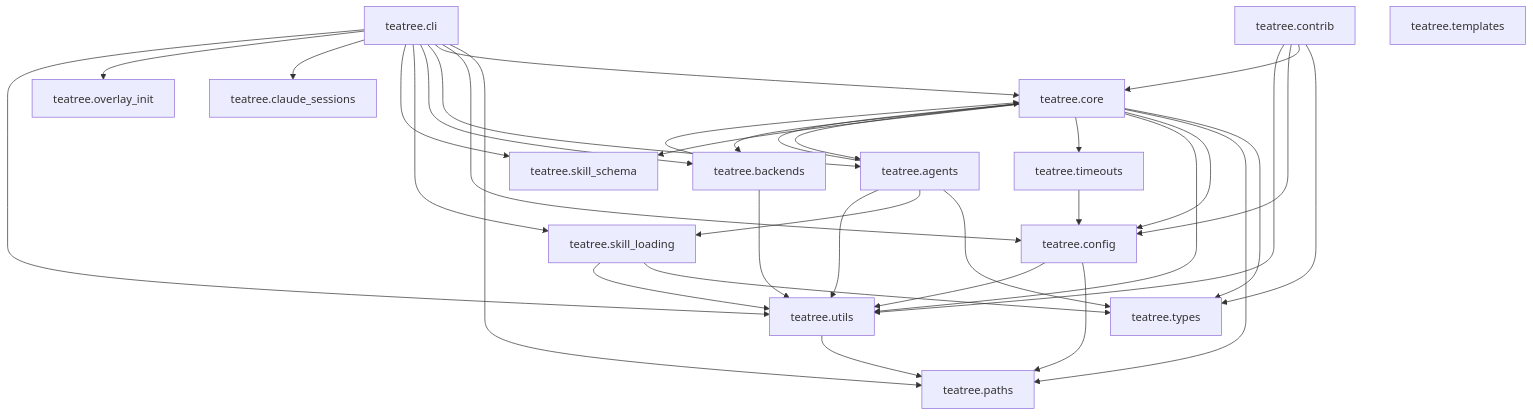
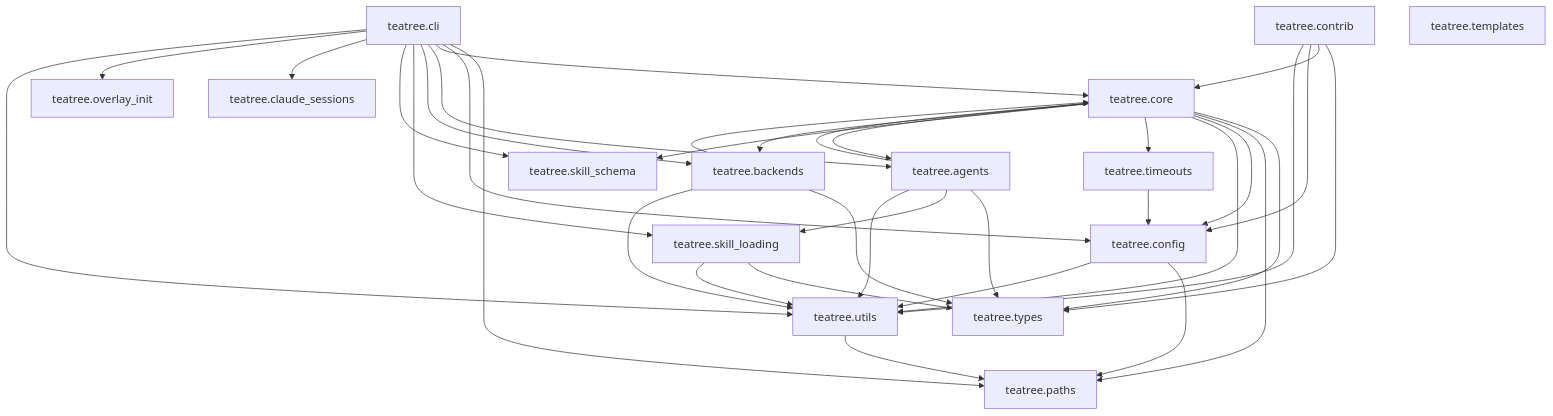
One commit to souliane/teatree changed the sixth of 6 diagrams in BLUEPRINT.md. Above: the diagram before and after it, drawn with Mermaid. The commit also changed 28 other files, not shown here.

First line of the commit message:
refactor(arch): move sync types from core.sync to teatree.types

````diff
--- a/BLUEPRINT.md
+++ b/BLUEPRINT.md
@@ -1655,43 +1655,44 @@
 ```mermaid
 graph TD
     teatree.config --> teatree.paths
     teatree.config --> teatree.utils
     teatree.utils --> teatree.paths
     teatree.timeouts --> teatree.config
     teatree.skill_loading --> teatree.types
     teatree.skill_loading --> teatree.utils
     teatree.core --> teatree.types
     teatree.core --> teatree.paths
     teatree.core --> teatree.config
     teatree.core --> teatree.utils
     teatree.core --> teatree.timeouts
     teatree.core --> teatree.skill_schema
     teatree.core --> teatree.agents
     teatree.core --> teatree.backends
     teatree.agents --> teatree.types
     teatree.agents --> teatree.core
     teatree.agents --> teatree.skill_loading
     teatree.agents --> teatree.utils
+    teatree.backends --> teatree.types
     teatree.backends --> teatree.utils
     teatree.backends --> teatree.core
     teatree.contrib --> teatree.types
     teatree.contrib --> teatree.core
     teatree.contrib --> teatree.config
     teatree.contrib --> teatree.utils
     teatree.cli --> teatree.paths
     teatree.cli --> teatree.config
     teatree.cli --> teatree.core
     teatree.cli --> teatree.agents
     teatree.cli --> teatree.backends
     teatree.cli --> teatree.skill_loading
     teatree.cli --> teatree.skill_schema
     teatree.cli --> teatree.claude_sessions
     teatree.cli --> teatree.overlay_init
     teatree.cli --> teatree.utils
     teatree.paths
     teatree.types
     teatree.templates
     teatree.claude_sessions
     teatree.overlay_init
     teatree.skill_schema
 ```
````
